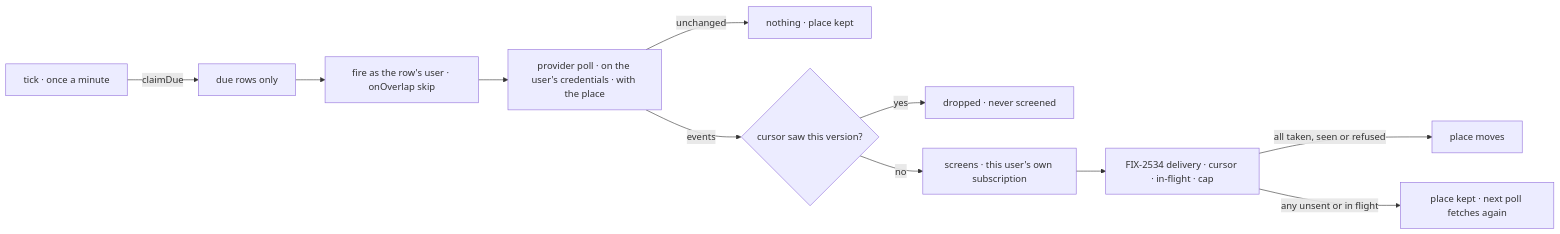
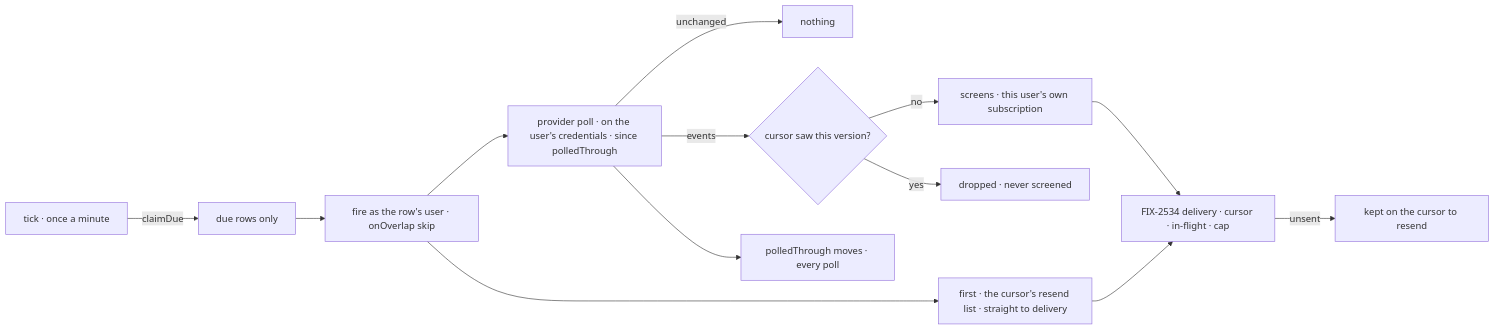
Before and after one commit to fixpoint-labs/flow-state-dev: the second of 2 diagrams in specs/issues/FIX-2536/SPEC.md, drawn with Mermaid. The commit also changed other lines of this file and 3 other files, not shown here.

First line of the commit message:
spec(FIX-2536): polledThrough is the seam with FIX-2537; a lost delivery waits on the cursor

````diff
--- a/specs/issues/FIX-2536/SPEC.md
+++ b/specs/issues/FIX-2536/SPEC.md
@@ -88,13 +88,15 @@
 ```mermaid
 flowchart LR
   T["tick · once a minute"] -->|"claimDue"| R["due rows only"]
   R --> F["fire as the row's user · onOverlap skip"]
-  F --> P["provider poll · on the user's credentials · with the place"]
-  P -->|"unchanged"| Z["nothing · place kept"]
+  F --> W["first · the cursor's resend list · straight to delivery"]
+  F --> P["provider poll · on the user's credentials · since polledThrough"]
+  P -->|"unchanged"| Z["nothing"]
   P -->|"events"| Q{"cursor saw this version?"}
   Q -->|"yes"| Y["dropped · never screened"]
   Q -->|"no"| C["screens · this user's own subscription"]
   C --> D["FIX-2534 delivery · cursor · in-flight · cap"]
-  D -->|"all taken, seen or refused"| M["place moves"]
-  D -->|"any unsent or in flight"| K["place kept · next poll fetches again"]
+  W --> D
+  D -->|"unsent"| K["kept on the cursor to resend"]
+  P --> M["polledThrough moves · every poll"]
 ```
````
